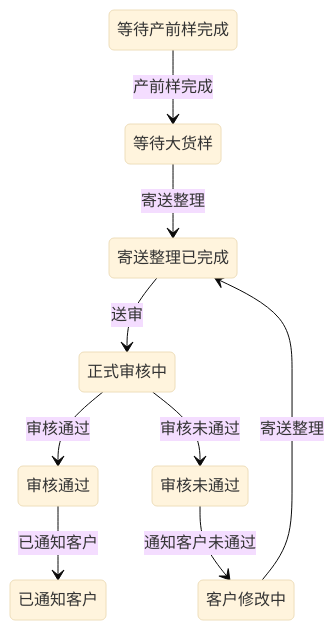
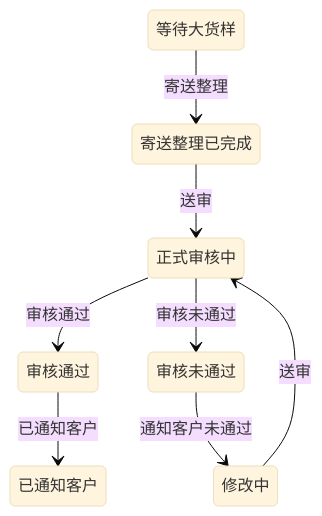
Before and after one commit to FIPOCHINA/fipo-fsm: the diagram in docs/ProductSample_display.mermaid, drawn with Mermaid (base theme). The commit also changed 47 other files, not shown here.

```diff
--- a/docs/ProductSample_display.mermaid
+++ b/docs/ProductSample_display.mermaid
@@ -1,9 +1,8 @@
 stateDiagram-v2
-等待产前样完成 --> 等待大货样 : 产前样完成
 等待大货样 --> 寄送整理已完成 : 寄送整理
 寄送整理已完成 --> 正式审核中 : 送审
 正式审核中 --> 审核通过 : 审核通过
 正式审核中 --> 审核未通过 : 审核未通过
 审核通过 --> 已通知客户 : 已通知客户
-审核未通过 --> 客户修改中 : 通知客户未通过
-客户修改中 --> 寄送整理已完成 : 寄送整理
+审核未通过 --> 修改中 : 通知客户未通过
+修改中 --> 正式审核中 : 送审
```
